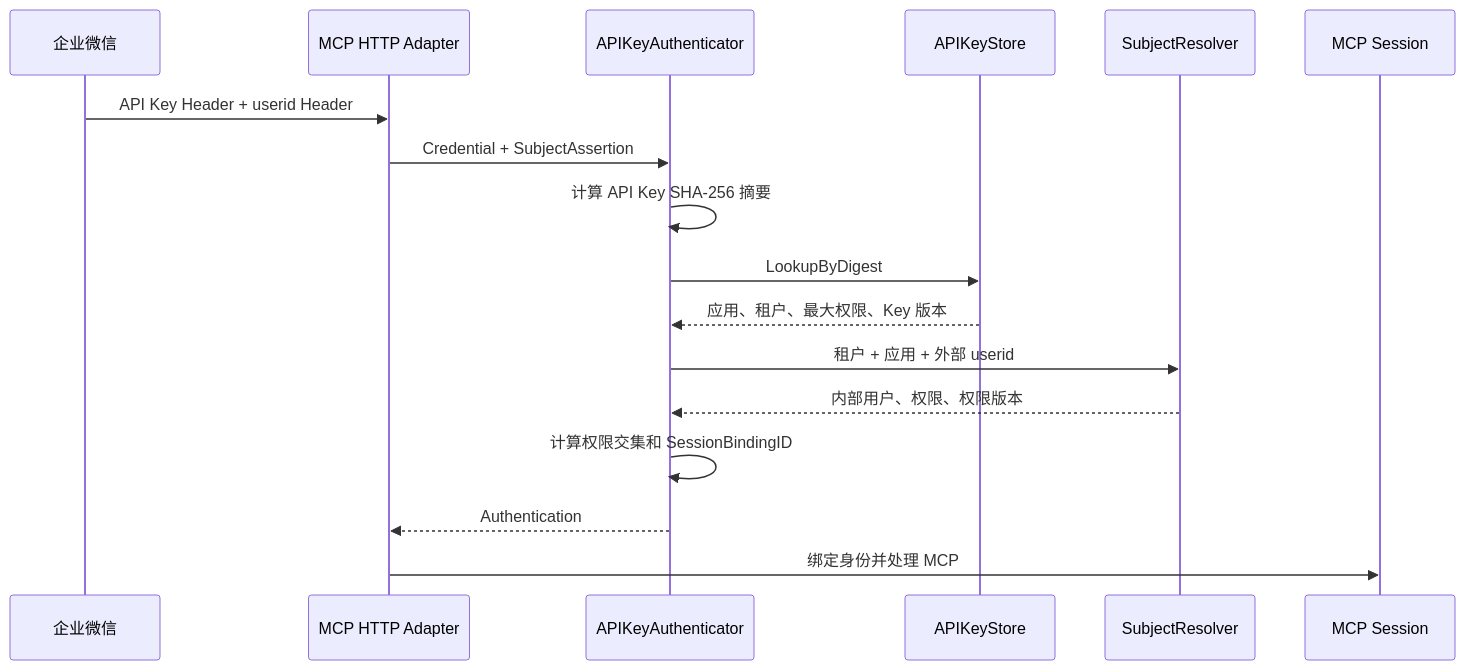
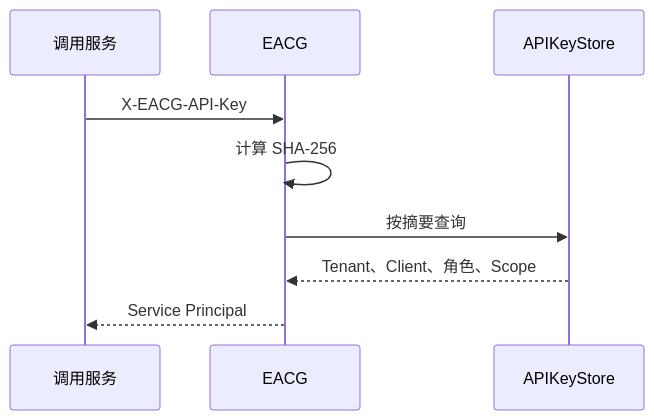
Before and after one commit to cymomaker/eacg: the diagram in docs/EACG_identity包架构与认证体系说明.md, drawn with Mermaid. The commit also changed other lines of this file and 42 other files, not shown here.

````diff
--- a/docs/EACG_identity包架构与认证体系说明.md
+++ b/docs/EACG_identity包架构与认证体系说明.md
@@ -302,20 +78,12 @@
 ```mermaid
 sequenceDiagram
-    participant W as 企业微信
-    participant H as MCP HTTP Adapter
-    participant A as APIKeyAuthenticator
+    participant C as 调用服务
+    participant E as EACG
     participant K as APIKeyStore
-    participant U as SubjectResolver
-    participant S as MCP Session
 
-    W->>H: API Key Header + userid Header
-    H->>A: Credential + SubjectAssertion
-    A->>A: 计算 API Key SHA-256 摘要
-    A->>K: LookupByDigest
-    K-->>A: 应用、租户、最大权限、Key 版本
-    A->>U: 租户 + 应用 + 外部 userid
-    U-->>A: 内部用户、权限、权限版本
-    A->>A: 计算权限交集和 SessionBindingID
-    A-->>H: Authentication
-    H->>S: 绑定身份并处理 MCP
+    C->>E: X-EACG-API-Key
+    E->>E: 计算 SHA-256
+    E->>K: 按摘要查询
+    K-->>E: Tenant、Client、角色、Scope
+    E-->>C: Service Principal
 ```
````
